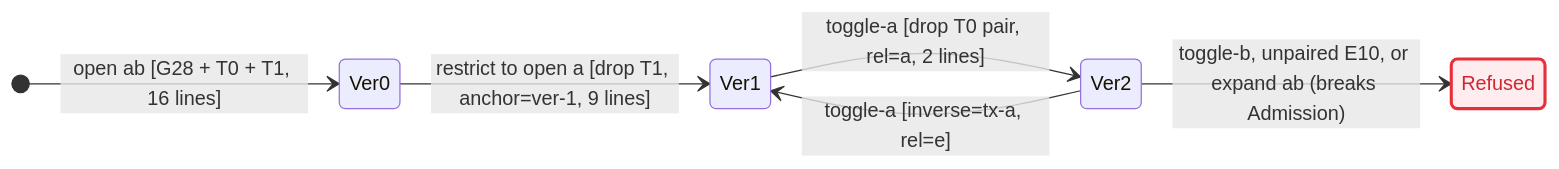
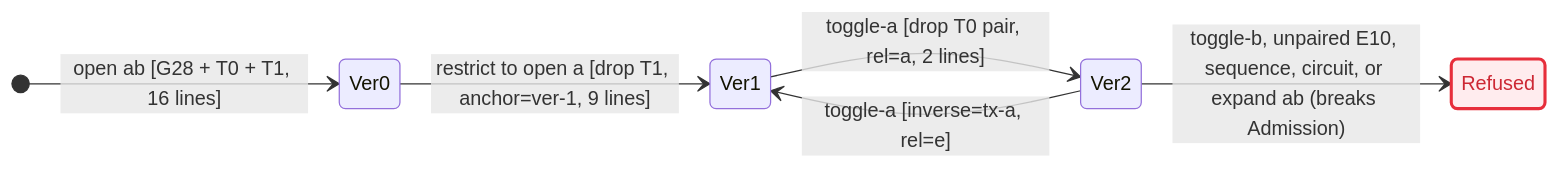
The first of 2 diagrams in procedure.md (wetware-hq/procedure), drawn with Mermaid before and after one commit. The commit also changed other lines of this file and 1 other file, not shown here.

First line of the commit message:
Cast .pro state spaces as charts on one Lie group. (#3)

````diff
--- a/procedure.md
+++ b/procedure.md
@@ -984,11 +1070,11 @@
 ```mermaid
 stateDiagram-v2
   direction LR
   [*] --> Ver0: open ab [G28 + T0 + T1, 16 lines]
   Ver0 --> Ver1: restrict to open a [drop T1, anchor=ver-1, 9 lines]
   Ver1 --> Ver2: toggle-a [drop T0 pair, rel=a, 2 lines]
   Ver2 --> Ver1: toggle-a [inverse=tx-a, rel=e]
-  Ver2 --> Refused: toggle-b, unpaired E10, or expand ab (breaks Admission)
+  Ver2 --> Refused: toggle-b, unpaired E10, sequence, circuit, or expand ab (breaks Admission)
   classDef breaks fill:#ffecee,stroke:#e72e3b,stroke-width:2.5px,color:#cd2834
   class Refused breaks
 ```
````
